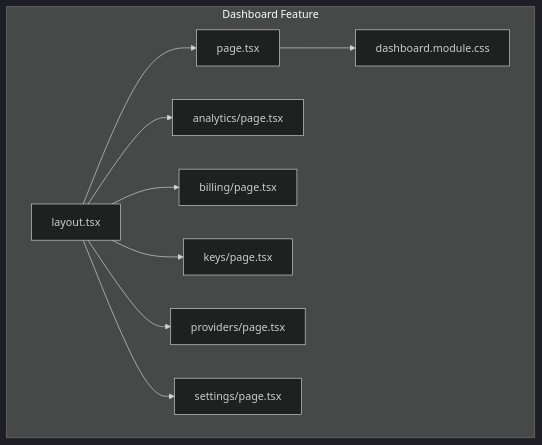
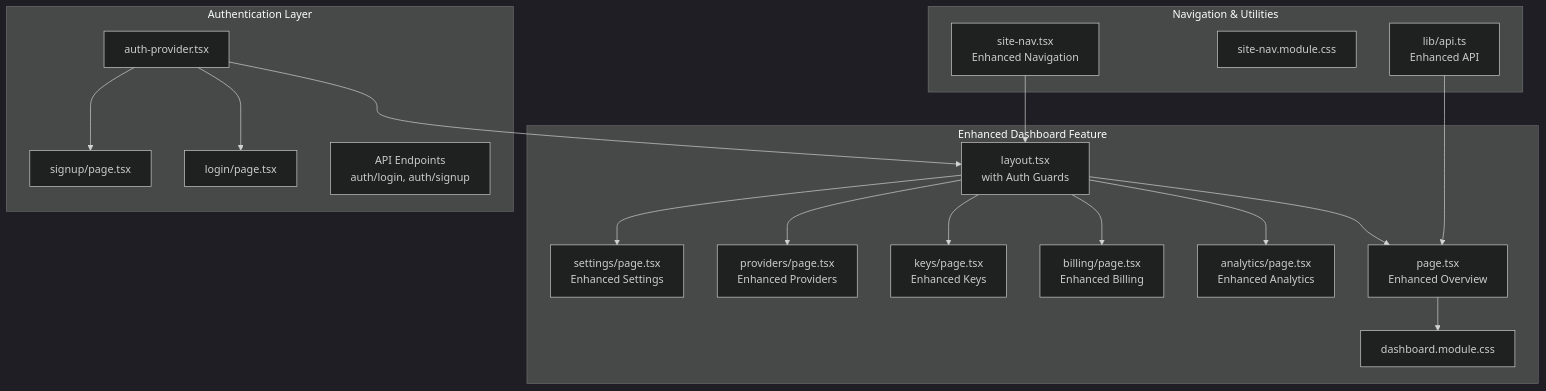
Before and after one commit to HassanAmeer/cheaprouter: the first of 3 diagrams in .qoder/repowiki/en/content/Dashboard Features/Dashboard Overview.md, drawn with Mermaid (dark theme). The commit also changed other lines of this file and 54 other files, not shown here.

````diff
--- a/.qoder/repowiki/en/content/Dashboard Features/Dashboard Overview.md
+++ b/.qoder/repowiki/en/content/Dashboard Features/Dashboard Overview.md
@@ -40,20 +56,36 @@
 ```mermaid
 graph TB
-subgraph "Dashboard Feature"
-DLayout["layout.tsx"]
-DOverview["page.tsx"]
+subgraph "Enhanced Dashboard Feature"
+DLayout["layout.tsx<br/>with Auth Guards"]
+DOverview["page.tsx<br/>Enhanced Overview"]
 DStyles["dashboard.module.css"]
-DAnalytics["analytics/page.tsx"]
-DBilling["billing/page.tsx"]
-DKeys["keys/page.tsx"]
-DProviders["providers/page.tsx"]
-DSettings["settings/page.tsx"]
+DAnalytics["analytics/page.tsx<br/>Enhanced Analytics"]
+DBilling["billing/page.tsx<br/>Enhanced Billing"]
+DKeys["keys/page.tsx<br/>Enhanced Keys"]
+DProviders["providers/page.tsx<br/>Enhanced Providers"]
+DSettings["settings/page.tsx<br/>Enhanced Settings"]
+end
+subgraph "Authentication Layer"
+AuthProvider["auth-provider.tsx"]
+Login["login/page.tsx"]
+Signup["signup/page.tsx"]
+AuthAPI["API Endpoints<br/>auth/login, auth/signup"]
+end
+subgraph "Navigation & Utilities"
+SiteNav["site-nav.tsx<br/>Enhanced Navigation"]
+NavStyles["site-nav.module.css"]
+APIUtils["lib/api.ts<br/>Enhanced API"]
 end
 DLayout --> DOverview
 DLayout --> DAnalytics
 DLayout --> DBilling
 DLayout --> DKeys
 DLayout --> DProviders
 DLayout --> DSettings
 DOverview --> DStyles
+AuthProvider --> DLayout
+AuthProvider --> Login
+AuthProvider --> Signup
+SiteNav --> DLayout
+APIUtils --> DOverview
 ```
````
